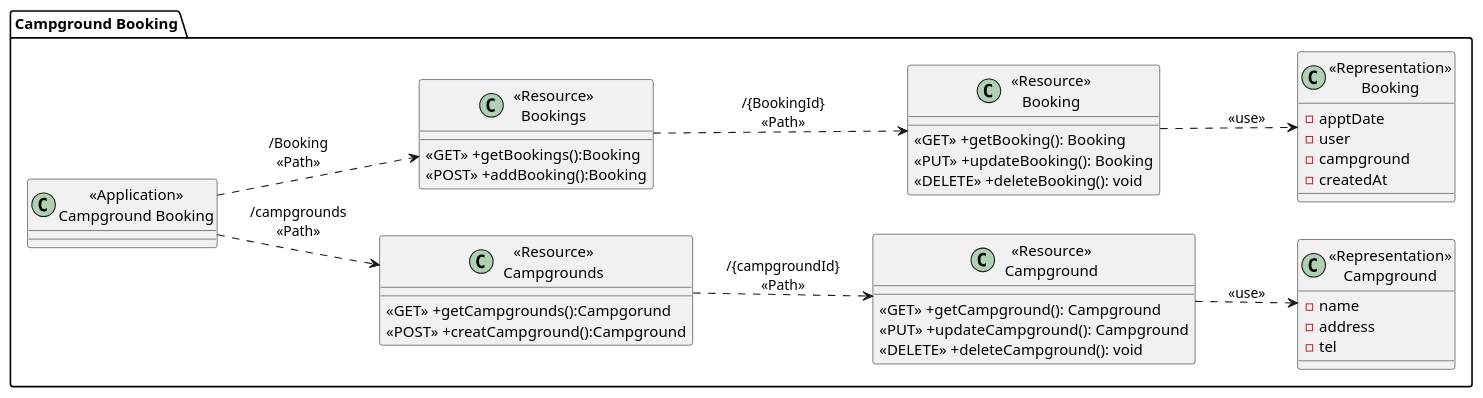
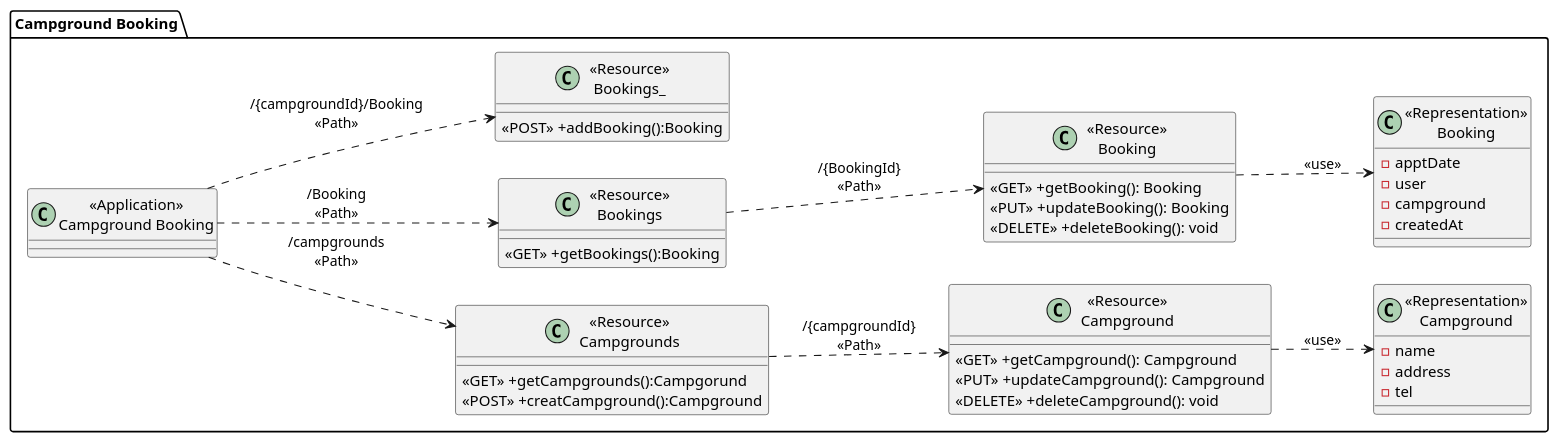
One commit to thamthorn/Campground-Backend changed the diagram in Diagram/Class Diagram(UML Profile)/ClassDiagram.puml. Above: the diagram before and after it, drawn with PlantUML.

Commit message:
change Diagram

```diff
--- a/Diagram/Class Diagram(UML Profile)/ClassDiagram.puml
+++ b/Diagram/Class Diagram(UML Profile)/ClassDiagram.puml
@@ -1,51 +1,56 @@
 @startuml Campground Booking  Class Diagram
 left to right direction
 package "Campground Booking"{
     class "<<Application>>\nCampground Booking" as CampgroundBooking{}
 
     class "<<Resource>>\nCampgrounds" as ResourceCampgrounds{
         <<GET>> +getCampgrounds():Campgorund
         <<POST>> +creatCampground():Campground
     }
 
     class "<<Resource>>\nCampground" as ResourceCampground {
         <<GET>> +getCampground(): Campground
         <<PUT>> +updateCampground(): Campground
         <<DELETE>> +deleteCampground(): void
     }
 
     class "<<Representation>>\nCampground" as RepresentationCampground {
         -name
         -address
         -tel
     }
 
     class "<<Resource>>\nBookings" as ResourceBookings{
         <<GET>> +getBookings():Booking
+    }
+
+     class "<<Resource>>\nBookings_" as ResourceBookings_{
         <<POST>> +addBooking():Booking
     }
 
     class "<<Resource>>\nBooking" as ResourceBooking {
         <<GET>> +getBooking(): Booking
         <<PUT>> +updateBooking(): Booking
         <<DELETE>> +deleteBooking(): void
     }
 
     class "<<Representation>>\nBooking" as RepresentationBooking {
         -apptDate
         -user
         -campground
         -createdAt
     }
 
 }
 
 CampgroundBooking ..> ResourceCampgrounds:"/campgrounds\n<<Path>>"
 ResourceCampgrounds ..> ResourceCampground: "/{campgroundId}\n<<Path>>"
 ResourceCampground ..> RepresentationCampground: "<<use>>"
 
 CampgroundBooking ..> ResourceBookings:"/Booking\n<<Path>>"
 ResourceBookings ..> ResourceBooking: "/{BookingId}\n<<Path>>"
 ResourceBooking ..> RepresentationBooking: "<<use>>"
 
+CampgroundBooking ..> ResourceBookings_:"/{campgroundId}/Booking\n<<Path>>"
+
 @enduml
```
